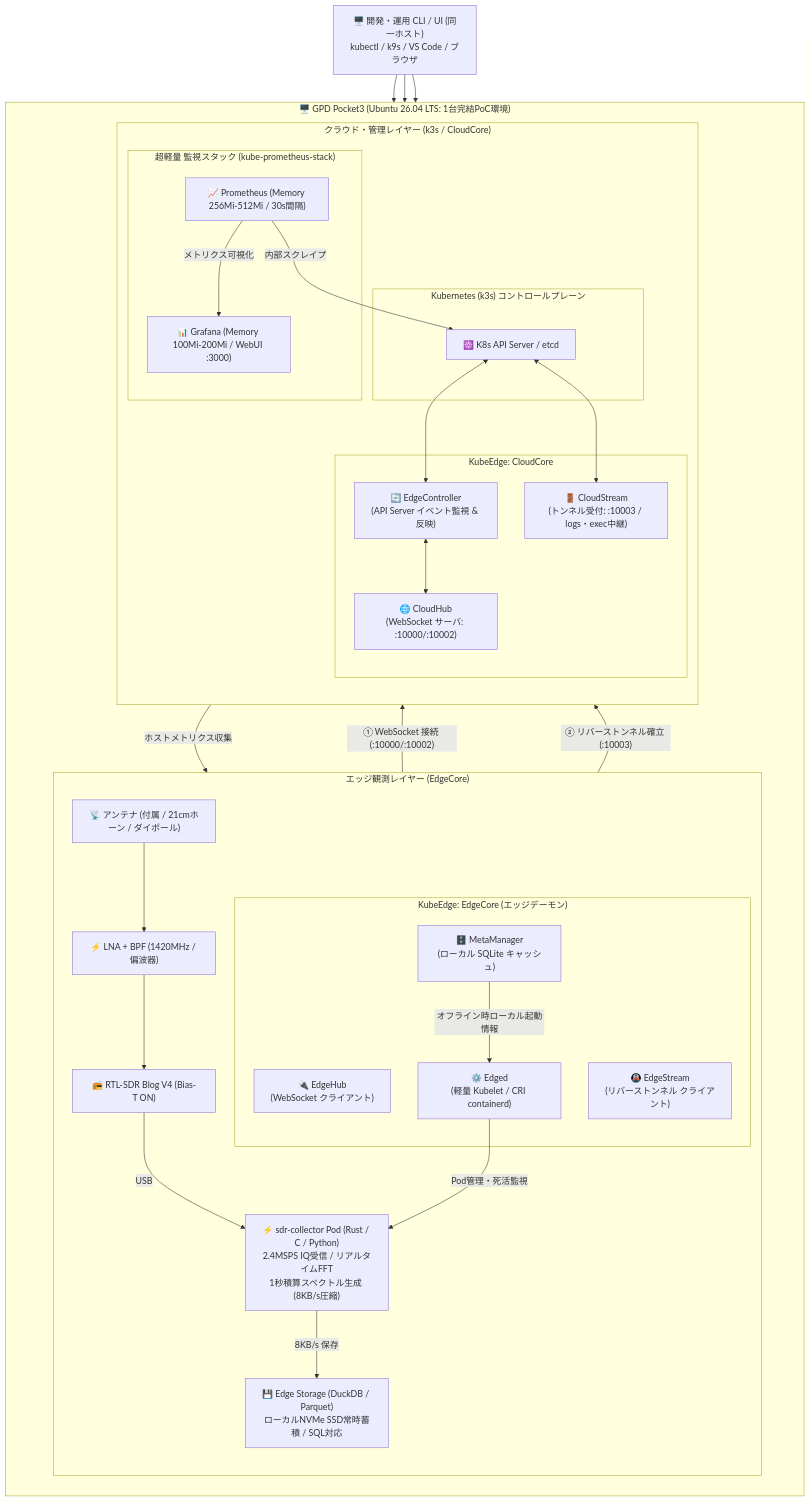
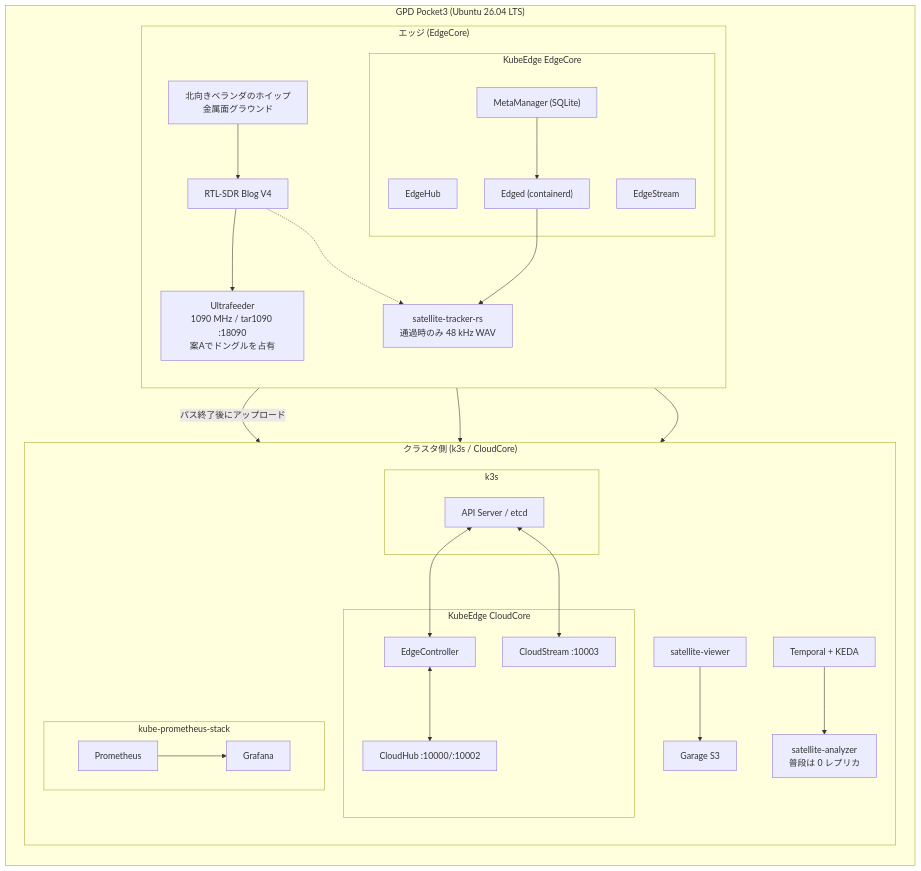
One commit to tozastation/radio-astronomy changed the diagram in docs/03_system_architecture.md. Above: the diagram before and after it, drawn with Mermaid. The commit also changed other lines of this file and 7 other files, not shown here.

````diff
--- a/docs/03_system_architecture.md
+++ b/docs/03_system_architecture.md
@@ -11,64 +29,64 @@
 ```mermaid
 flowchart TB
-    subgraph HostBox["🖥️ GPD Pocket3 (Ubuntu 26.04 LTS: 1台完結PoC環境)"]
+    subgraph HostBox["GPD Pocket3 (Ubuntu 26.04 LTS)"]
         direction TB
 
-        subgraph EdgeArea["エッジ観測レイヤー (EdgeCore)"]
+        subgraph EdgeArea["エッジ (EdgeCore)"]
             direction TB
-            Antenna["📡 アンテナ (付属 / 21cmホーン / ダイポール)"]
-            LNA["⚡ LNA + BPF (1420MHz / 偏波器)"]
-            RTLSDR["📻 RTL-SDR Blog V4 (Bias-T ON)"]
+            Antenna["北向きベランダのホイップ<br/>金属面グラウンド"]
+            RTLSDR["RTL-SDR Blog V4"]
 
-            subgraph EdgeCoreBox["KubeEdge: EdgeCore (エッジデーモン)"]
-                EdgeHub["🔌 EdgeHub<br/>(WebSocket クライアント)"]
-                EdgeStream["🚇 EdgeStream<br/>(リバーストンネル クライアント)"]
-                MetaManager["🗄️ MetaManager<br/>(ローカル SQLite キャッシュ)"]
-                Edged["⚙️ Edged<br/>(軽量 Kubelet / CRI containerd)"]
+            subgraph EdgeCoreBox["KubeEdge EdgeCore"]
+                EdgeHub["EdgeHub"]
+                EdgeStream["EdgeStream"]
+                MetaManager["MetaManager (SQLite)"]
+                Edged["Edged (containerd)"]
             end
 
-            SDR_Pod["⚡ sdr-collector Pod (Rust / C / Python)<br/>2.4MSPS IQ受信 / リアルタイムFFT<br/>1秒積算スペクトル生成 (8KB/s圧縮)"]
-            EdgeDB["💾 Edge Storage (DuckDB / Parquet)<br/>ローカルNVMe SSD常時蓄積 / SQL対応"]
+            ADSB["Ultrafeeder<br/>1090 MHz / tar1090 :18090<br/>案Aでドングルを占有"]
+            Tracker["satellite-tracker-rs<br/>通過時のみ 48 kHz WAV"]
 
-            Antenna --> LNA --> RTLSDR -->|USB| SDR_Pod
-            SDR_Pod -->|"8KB/s 保存"| EdgeDB
-            Edged -->|"Pod管理・死活監視"| SDR_Pod
-            MetaManager -->|"オフライン時ローカル起動情報"| Edged
+            Antenna --> RTLSDR
+            RTLSDR --> ADSB
+            RTLSDR -.-> Tracker
+            Edged --> Tracker
+            MetaManager --> Edged
         end
 
-        subgraph CloudArea["クラウド・管理レイヤー (k3s / CloudCore)"]
+        subgraph CloudArea["クラスタ側 (k3s / CloudCore)"]
             direction TB
-            
-            subgraph K8sControl["Kubernetes (k3s) コントロールプレーン"]
-                APIServer["☸️ K8s API Server / etcd"]
+
+            subgraph K8sControl["k3s"]
+                APIServer["API Server / etcd"]
             end
 
-            subgraph CloudCoreBox["KubeEdge: CloudCore"]
-                EdgeController["🔄 EdgeController<br/>(API Server イベント監視 & 反映)"]
-                CloudHub["🌐 CloudHub<br/>(WebSocket サーバ: :10000/:10002)"]
-                CloudStream["🚪 CloudStream<br/>(トンネル受付: :10003 / logs・exec中継)"]
+            subgraph CloudCoreBox["KubeEdge CloudCore"]
+                EdgeController["EdgeController"]
+                CloudHub["CloudHub :10000/:10002"]
+                CloudStream["CloudStream :10003"]
             end
 
             APIServer <--> EdgeController
             EdgeController <--> CloudHub
             APIServer <--> CloudStream
 
-            subgraph MonitoringStack["超軽量 監視スタック (kube-prometheus-stack)"]
-                Prometheus["📈 Prometheus (Memory 256Mi-512Mi / 30s間隔)"]
-                Grafana["📊 Grafana (Memory 100Mi-200Mi / WebUI :3000)"]
+            Garage["Garage S3"]
+            Temporal["Temporal + KEDA"]
+            Worker["satellite-analyzer<br/>普段は 0 レプリカ"]
+            Viewer["satellite-viewer"]
+
+            subgraph MonitoringStack["kube-prometheus-stack"]
+                Prometheus["Prometheus"]
+                Grafana["Grafana"]
             end
 
-            Prometheus -->|"メトリクス可視化"| Grafana
-            Prometheus -->|"内部スクレイプ"| APIServer
-            Prometheus -->|"ホストメトリクス収集"| Edged
+            Tracker -->|"パス終了後にアップロード"| Garage
+            Viewer --> Garage
+            Temporal --> Worker
+            Prometheus --> Grafana
         end
 
-        %% ホスト内相互通信
-        EdgeHub -->|"① WebSocket 接続 (:10000/:10002)"| CloudHub
-        EdgeStream -->|"② リバーストンネル確立 (:10003)"| CloudStream
+        EdgeHub --> CloudHub
+        EdgeStream --> CloudStream
     end
-
-    DevCLI["🖥️ 開発・運用 CLI / UI (同一ホスト)<br/>kubectl / k9s / VS Code / ブラウザ"]
-    DevCLI --> APIServer
-    DevCLI --> Grafana
-    DevCLI --> EdgeDB
 ```
````
